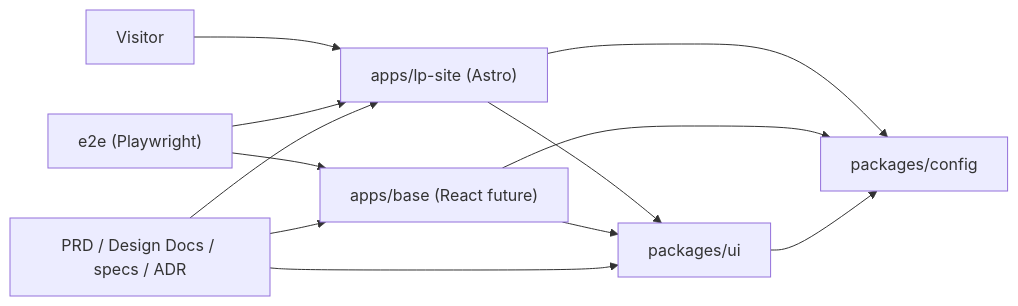
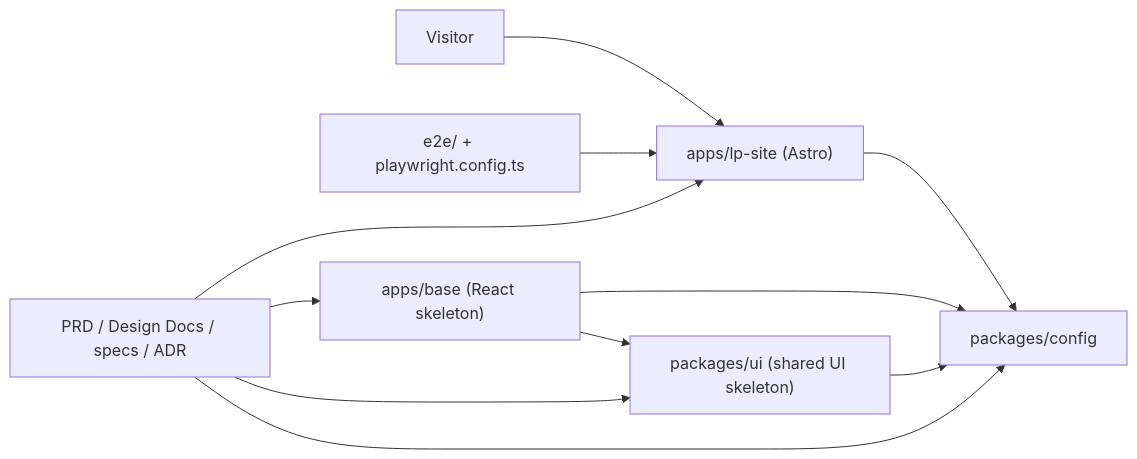
Before and after one commit to Fukuemon/kufu-apps: the diagram in design/DesignDoc.md, drawn with Mermaid. The commit also changed other lines of this file, not shown here.

````diff
--- a/design/DesignDoc.md
+++ b/design/DesignDoc.md
@@ -56,22 +56,21 @@
 ```mermaid
 flowchart LR
     VISITOR["Visitor"]
     LP["apps/lp-site (Astro)"]
-    BASE["apps/base (React future)"]
-    UI["packages/ui"]
+    BASE["apps/base (React skeleton)"]
+    UI["packages/ui (shared UI skeleton)"]
     CONFIG["packages/config"]
-    E2E["e2e (Playwright)"]
+    E2E["e2e/ + playwright.config.ts"]
     DOCS["PRD / Design Docs / specs / ADR"]
 
     VISITOR --> LP
-    LP --> UI
     BASE --> UI
     LP --> CONFIG
     BASE --> CONFIG
     UI --> CONFIG
     E2E --> LP
-    E2E --> BASE
     DOCS --> LP
     DOCS --> BASE
     DOCS --> UI
+    DOCS --> CONFIG
 ```
````
